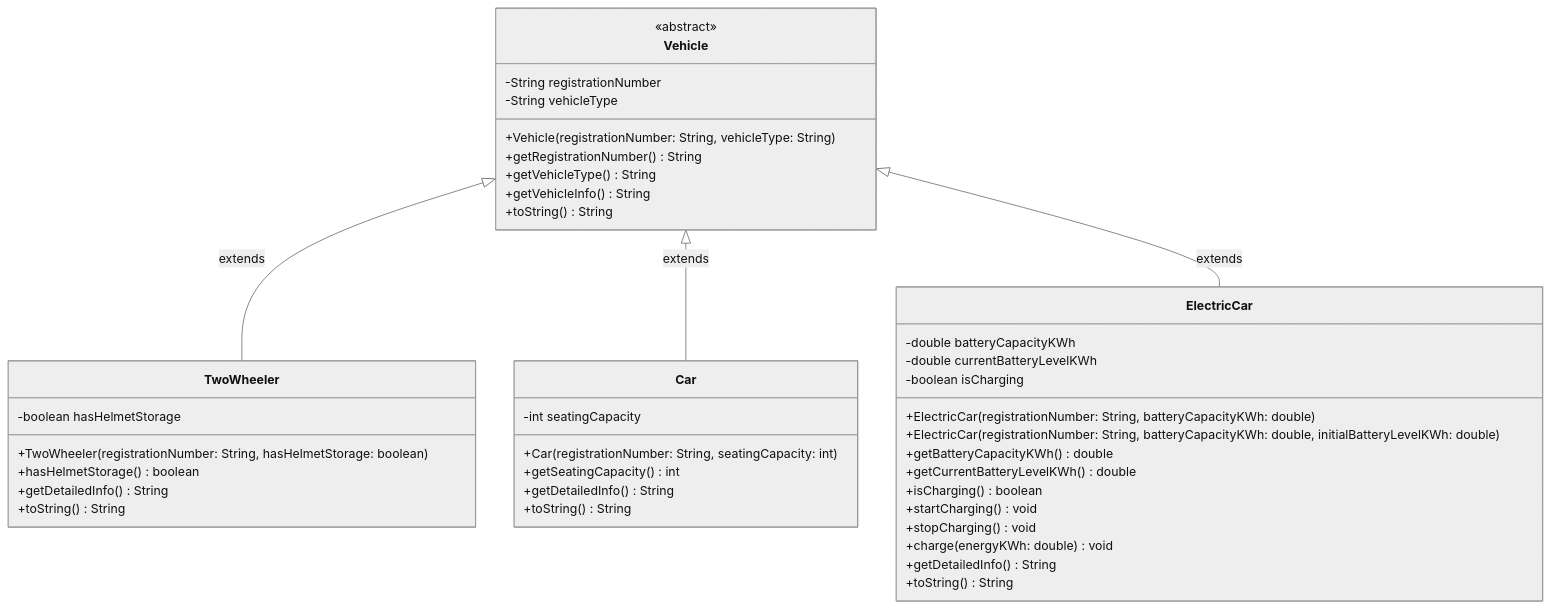
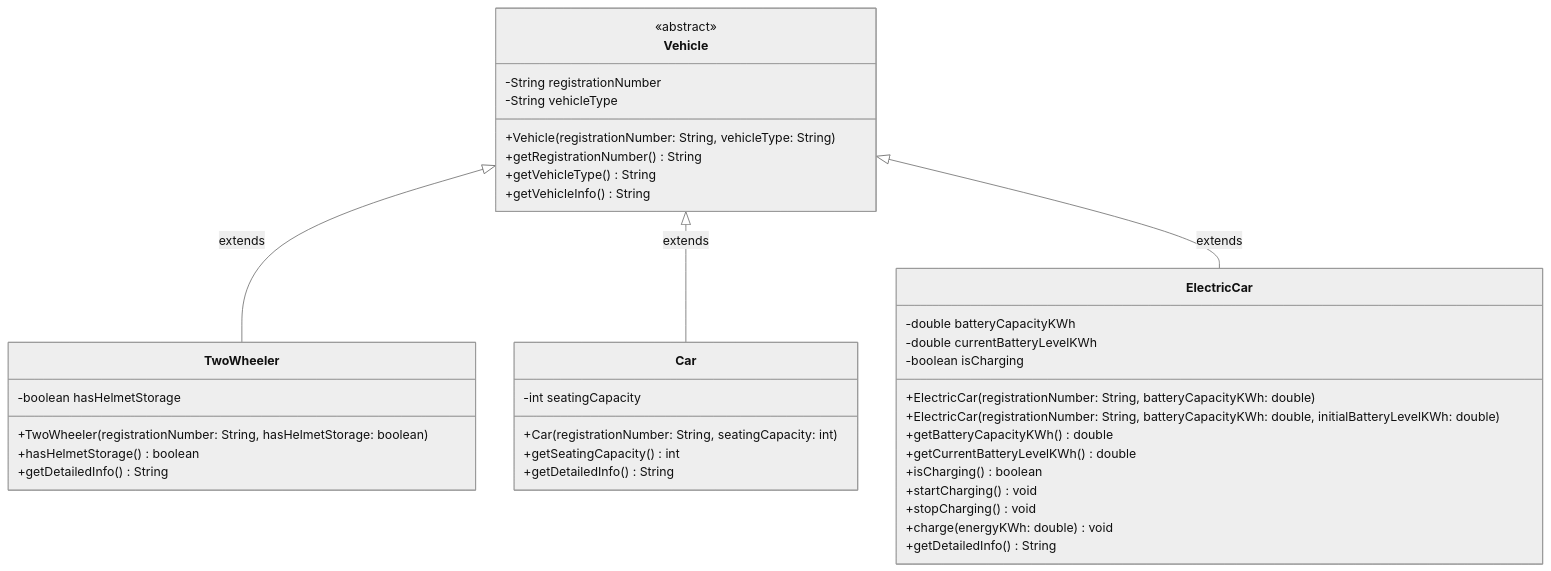
The diagram in docs/tasks/task06-inheritance-hierarchy.md (hasinbanu-creator/CSA0916-JAVA-CO1), drawn with Mermaid (neutral theme) before and after one commit. The commit also changed other lines of this file and 6 other files, not shown here.

````diff
--- a/docs/tasks/task06-inheritance-hierarchy.md
+++ b/docs/tasks/task06-inheritance-hierarchy.md
@@ -192,51 +199,47 @@
 ```mermaid
 classDiagram
     direction BT
 
     class Vehicle {
         <<abstract>>
         -String registrationNumber
         -String vehicleType
         +Vehicle(registrationNumber: String, vehicleType: String)
         +getRegistrationNumber() String
         +getVehicleType() String
         +getVehicleInfo() String
-        +toString() String
     }
 
     class TwoWheeler {
         -boolean hasHelmetStorage
         +TwoWheeler(registrationNumber: String, hasHelmetStorage: boolean)
         +hasHelmetStorage() boolean
         +getDetailedInfo() String
-        +toString() String
     }
 
     class Car {
         -int seatingCapacity
         +Car(registrationNumber: String, seatingCapacity: int)
         +getSeatingCapacity() int
         +getDetailedInfo() String
-        +toString() String
     }
 
     class ElectricCar {
         -double batteryCapacityKWh
         -double currentBatteryLevelKWh
         -boolean isCharging
         +ElectricCar(registrationNumber: String, batteryCapacityKWh: double)
         +ElectricCar(registrationNumber: String, batteryCapacityKWh: double, initialBatteryLevelKWh: double)
         +getBatteryCapacityKWh() double
         +getCurrentBatteryLevelKWh() double
         +isCharging() boolean
         +startCharging() void
         +stopCharging() void
         +charge(energyKWh: double) void
         +getDetailedInfo() String
-        +toString() String
     }
 
     TwoWheeler --|> Vehicle : extends
     Car --|> Vehicle : extends
     ElectricCar --|> Vehicle : extends
 ```
````
